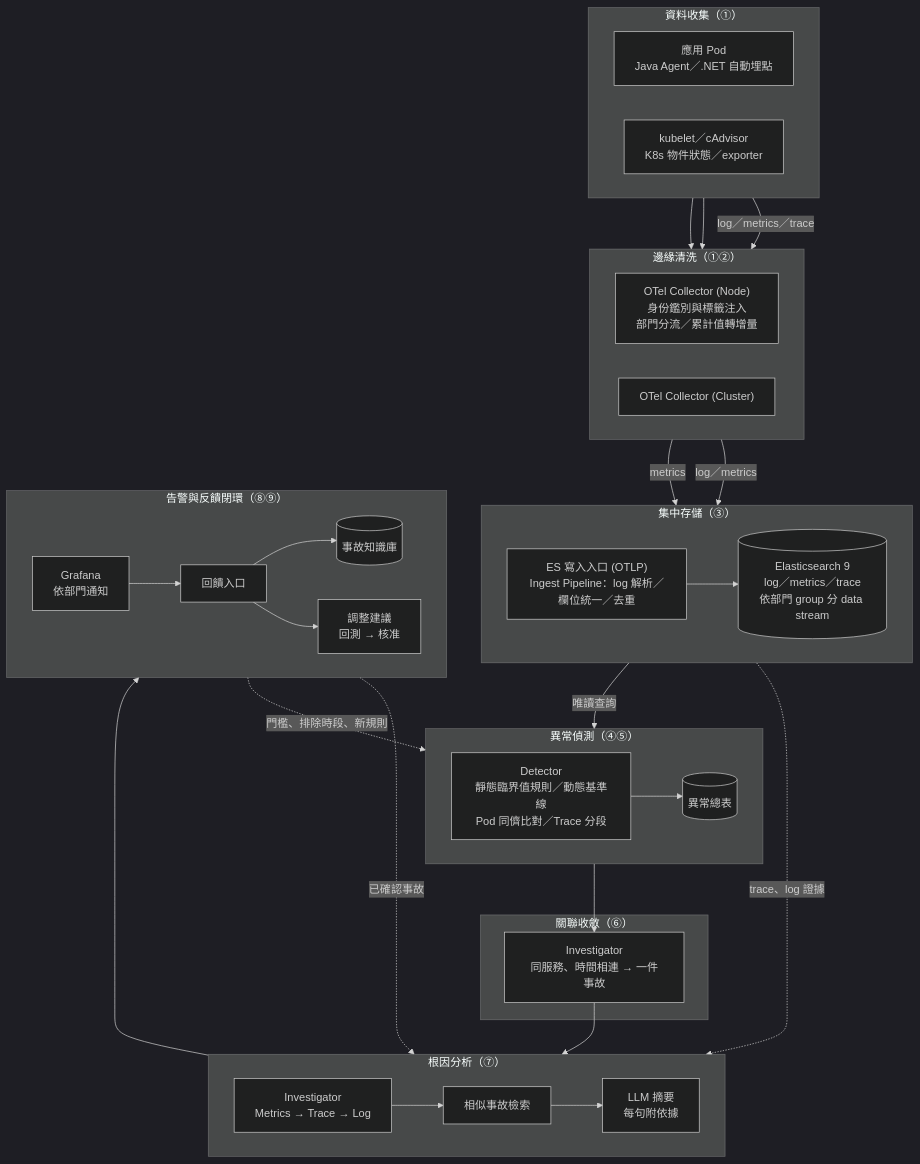
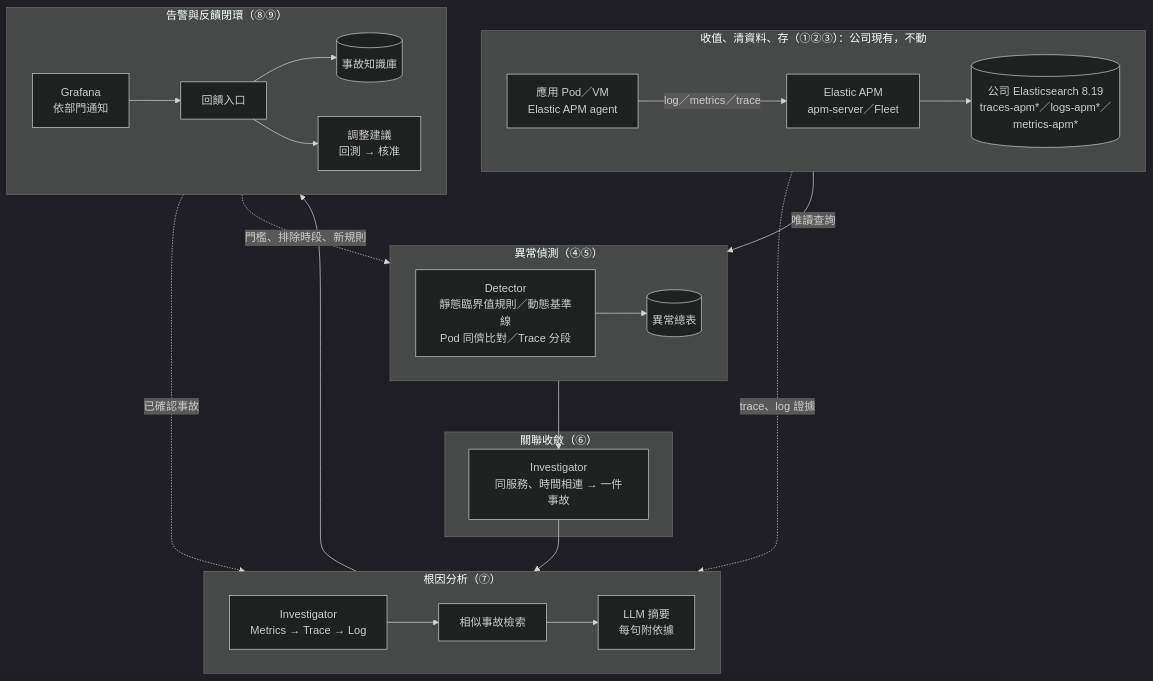
Before and after one commit to i-shuan/aiops-data-foundation: the diagram in docs/architecture.md, drawn with Mermaid (dark theme). The commit also changed other lines of this file and 183 other files, not shown here.

First line of the commit message:
刪除自建收值：collector、apps、e2e、ES 的 OTel 入口與對應文件

````diff
--- a/docs/architecture.md
+++ b/docs/architecture.md
@@ -61,54 +61,41 @@
 ```mermaid
 flowchart TB
-  subgraph S1["資料收集（①）"]
+  subgraph S1["收值、清資料、存（①②③）：公司現有，不動"]
     direction LR
-    APP["應用 Pod<br/>Java Agent／.NET 自動埋點"]
-    INF["kubelet／cAdvisor<br/>K8s 物件狀態／exporter"]
-  end
-  subgraph S2["邊緣清洗（①②）"]
-    direction LR
-    NODE["OTel Collector (Node)<br/>身份鑑別與標籤注入<br/>部門分流／累計值轉增量"]
-    CLU["OTel Collector (Cluster)"]
-  end
-  subgraph S3["集中存儲（③）"]
-    direction LR
-    PIPE["ES 寫入入口 (OTLP)<br/>Ingest Pipeline：log 解析／欄位統一／去重"]
-    ES[("Elasticsearch 9<br/>log／metrics／trace<br/>依部門 group 分 data stream")]
+    APP["應用 Pod／VM<br/>Elastic APM agent"]
+    APM["Elastic APM<br/>apm-server／Fleet"]
+    ES[("公司 Elasticsearch 8.19<br/>traces-apm*／logs-apm*／metrics-apm*")]
   end
   subgraph S4["異常偵測（④⑤）"]
     direction LR
     DET["Detector<br/>靜態臨界值規則／動態基準線<br/>Pod 同儕比對／Trace 分段"]
     AN[("異常總表")]
   end
   subgraph S5["關聯收斂（⑥）"]
     CORR["Investigator<br/>同服務、時間相連 → 一件事故"]
   end
   subgraph S6["根因分析（⑦）"]
     direction LR
     RCA["Investigator<br/>Metrics → Trace → Log"]
     SIM["相似事故檢索"]
     LLM["LLM 摘要<br/>每句附依據"]
   end
   subgraph S7["告警與反饋閉環（⑧⑨）"]
     direction LR
     GF["Grafana<br/>依部門通知"]
     FB["回饋入口"]
     KB[("事故知識庫")]
     TUNE["調整建議<br/>回測 → 核准"]
   end
 
-  APP -- "log／metrics／trace" --> NODE
-  INF --> NODE
-  INF --> CLU
-  NODE -- "log／metrics" --> PIPE
-  CLU -- "metrics" --> PIPE
-  PIPE --> ES
+  APP -- "log／metrics／trace" --> APM
+  APM --> ES
   ES -- "唯讀查詢" --> DET
   DET --> AN --> CORR --> RCA
   ES -. "trace、log 證據" .-> RCA
   RCA --> SIM --> LLM --> GF --> FB
   FB --> KB
   FB --> TUNE
   KB -. "已確認事故" .-> SIM
   TUNE -. "門檻、排除時段、新規則" .-> DET
 ```
````
